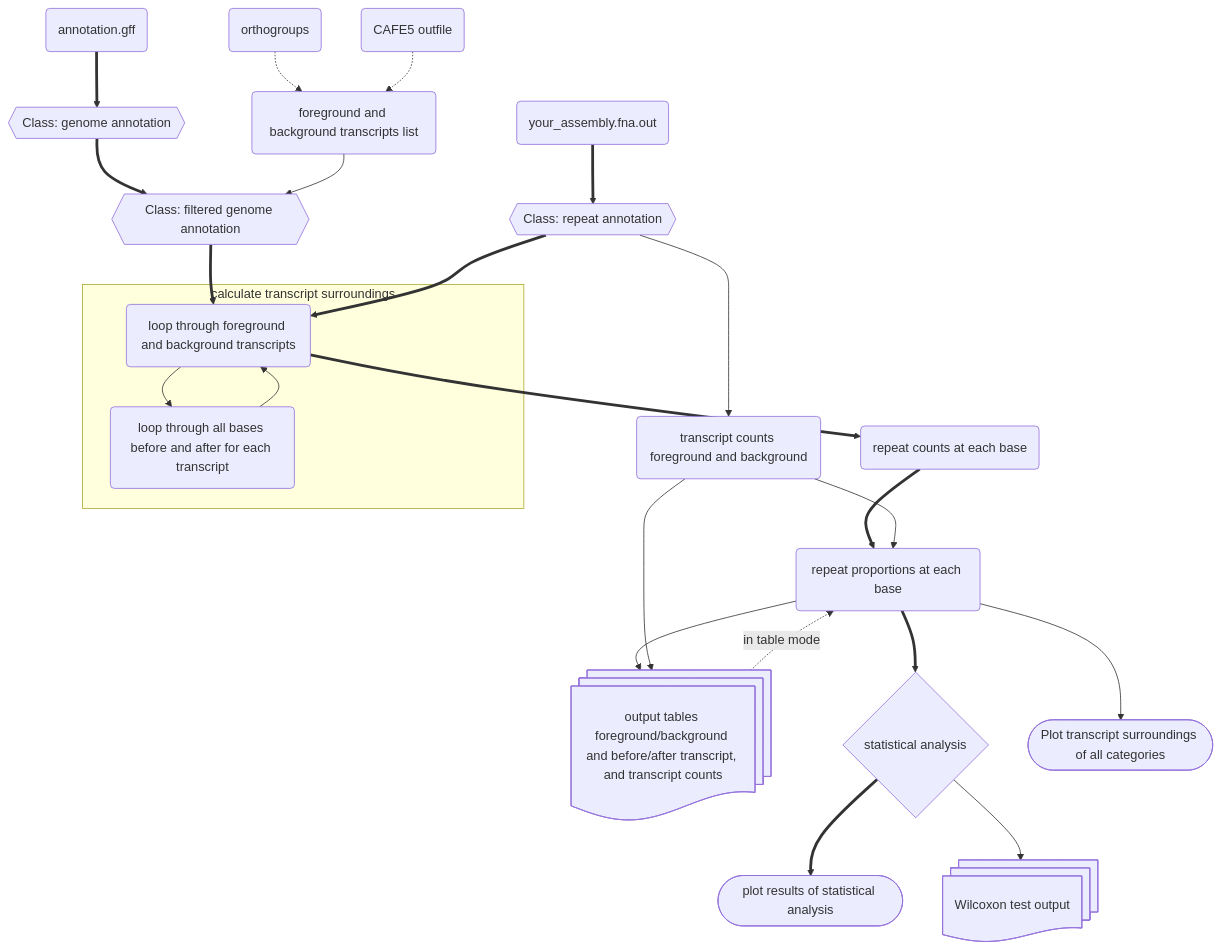
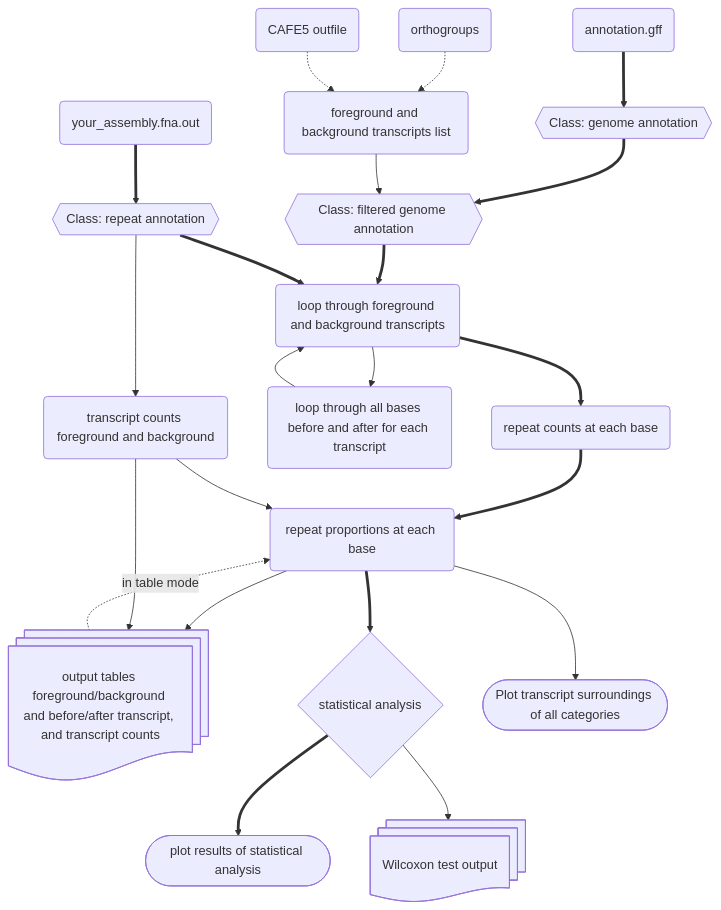
One commit to milena-t/ReVis changed the second of 2 diagrams in README.md. Above: the diagram before and after it, drawn with Mermaid.

Commit message:
moremermaid

````diff
--- a/README.md
+++ b/README.md
@@ -269,41 +269,40 @@
 ```mermaid
 graph TD;
     infile_out(your_assembly.fna.out);
     infile_out ==> rep_annot{{Class: repeat annotation}};
     rep_annot --> tr_count(transcript counts foreground and background);
 
     infile_annot(annotation.gff);
     infile_annot ==> gene_annot{{Class: genome annotation}};
 
     OGs(orthogroups);
     CAFE(CAFE5 outfile);
 
     OGs -.-> tr_list(foreground and background transcripts list);
     CAFE -.-> tr_list
 
     gene_annot ==> filt_gene_annot{{Class: filtered genome annotation}};
     tr_list --> filt_gene_annot
     
     filt_gene_annot ==> loop_tr(loop through foreground and background transcripts);
     rep_annot ==> loop_tr
     loop_bp(loop through all bases before and after for each transcript);
-    subgraph calculate transcript surroundings
+    
     loop_tr --> loop_bp
     loop_bp --> loop_tr
-    end
 
     loop_tr ==> rep_counts(repeat counts at each base);
     rep_counts ==> rep_prop(repeat proportions at each base);
     tr_count --> rep_prop
 
     rep_prop --> out_tab@{ shape: docs, label: "output tables foreground/background and before/after transcript, and transcript counts" };
     tr_count --> out_tab
 
     rep_prop ==> stats{statistical analysis};
     rep_prop --> plot_all([Plot transcript surroundings of all categories])
 
     stats ==> stats_out([plot results of statistical analysis]) 
     stats --> stats_tab@{ shape: docs, label: "Wilcoxon test output" };
 
     out_tab -. in table mode .-> rep_prop
 ```   
````
